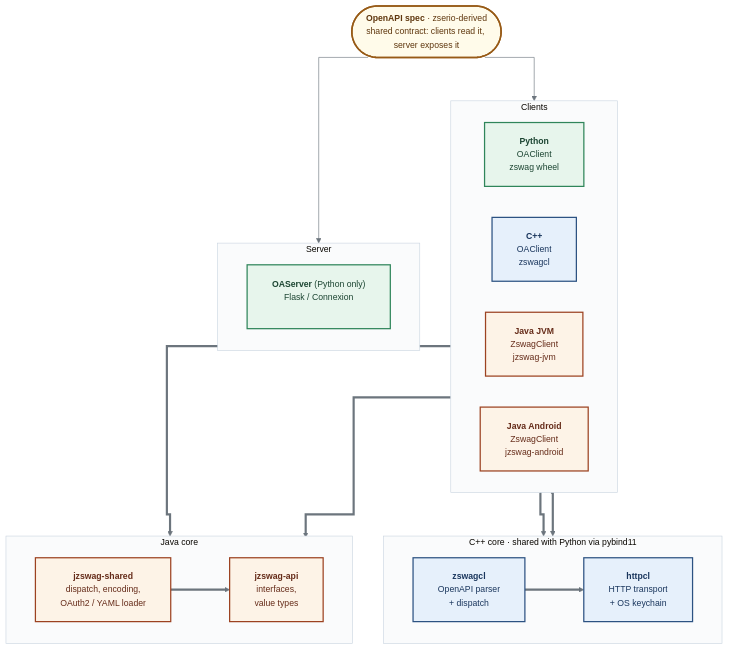
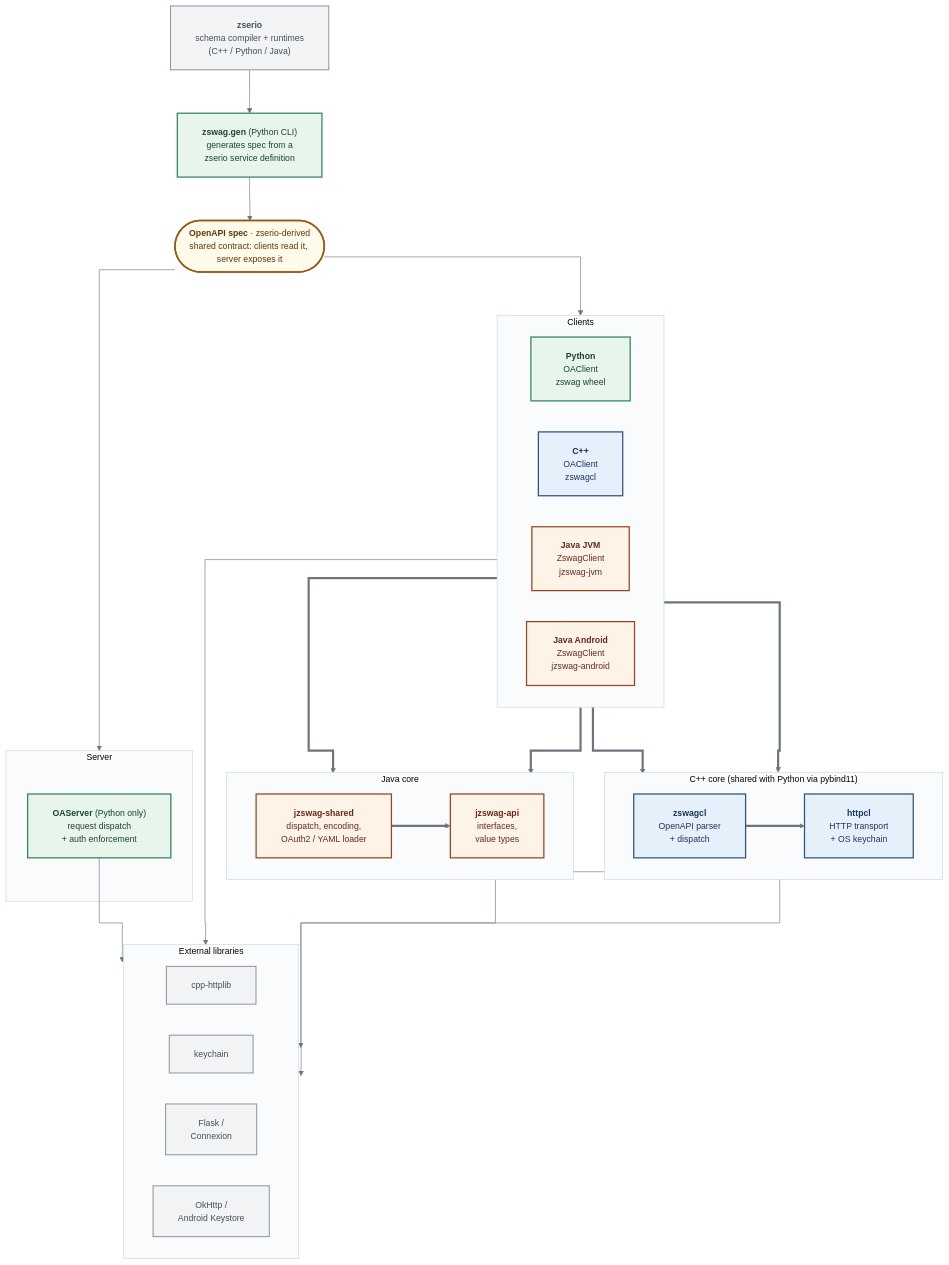
The diagram in README.md (ndsev/zswag), drawn with Mermaid before and after one commit.

Commit message:
docs: restore missing pieces from the original architecture diagram
Comparing the Mermaid to the recovered original PNG surfaced gaps:

* zswag.gen — the Python CLI that generates the OpenAPI spec from a
  zserio service — was missing entirely.
* External libraries (cpp-httplib, keychain, Flask/Connexion, OkHttp/
  Android Keystore) were shown as small boxes in the original; only
  named in prose here.
* zserio itself wasn't visible as the foundation it actually is.
* The "Python reuses C++ via pybind11" relationship was implicit in the
  py --> zswagcl arrow but not labelled.

Added:
* zserio --> gen --> spec --> {clients, server} flow at the top
* External libraries subgraph at the bottom with arrows from the
  cores/server that use them
* Cluster label "C++ core (shared with Python via pybind11)" now
  describes the binding explicitly

````diff
--- a/README.md
+++ b/README.md
@@ -14,55 +14,73 @@
 ```mermaid
 %%{init: {
   'theme':'base',
   'flowchart': {'curve': 'stepAfter', 'nodeSpacing': 50, 'rankSpacing': 70, 'padding': 20},
   'themeVariables': {
     'fontFamily': 'system-ui, -apple-system, sans-serif',
     'fontSize': '14px',
     'lineColor': '#6c757d',
     'clusterBkg': '#fafbfc',
     'clusterBorder': '#cbd5e0'
   }
 }}%%
 flowchart TB
+    gen["<b>zswag.gen</b> (Python CLI)<br/>generates spec from a<br/>zserio service definition"]:::py
     spec(["<b>OpenAPI spec</b> &middot; zserio-derived<br/>shared contract: clients read it, server exposes it"]):::spec
+    zserio["<b>zserio</b><br/>schema compiler + runtimes<br/>(C++ / Python / Java)"]:::ext
 
     subgraph clients[" &nbsp;Clients&nbsp; "]
       direction LR
       py["<b>Python</b><br/>OAClient<br/>zswag wheel"]:::py
       cpp["<b>C++</b><br/>OAClient<br/>zswagcl"]:::cpp
       jvm["<b>Java JVM</b><br/>ZswagClient<br/>jzswag-jvm"]:::java
       andr["<b>Java Android</b><br/>ZswagClient<br/>jzswag-android"]:::java
     end
 
     subgraph server[" &nbsp;Server&nbsp; "]
-      oaserver["<b>OAServer</b> (Python only)<br/>Flask / Connexion<br/>&nbsp;"]:::py
+      oaserver["<b>OAServer</b> (Python only)<br/>request dispatch<br/>+ auth enforcement"]:::py
     end
 
-    subgraph cppcore[" &nbsp;C++ core &middot; shared with Python via pybind11&nbsp; "]
+    subgraph cppcore[" &nbsp;C++ core (shared with Python via pybind11)&nbsp; "]
       direction LR
       zswagcl["<b>zswagcl</b><br/>OpenAPI parser<br/>+ dispatch"]:::cpp
       httpcl["<b>httpcl</b><br/>HTTP transport<br/>+ OS keychain"]:::cpp
     end
 
     subgraph javacore[" &nbsp;Java core&nbsp; "]
       direction LR
       jshared["<b>jzswag-shared</b><br/>dispatch, encoding,<br/>OAuth2 / YAML loader"]:::java
       japi["<b>jzswag-api</b><br/>interfaces,<br/>value types"]:::java
     end
 
+    subgraph extlibs[" &nbsp;External libraries&nbsp; "]
+      direction LR
+      cpphttplib["cpp-httplib"]:::ext
+      keychain["keychain"]:::ext
+      flask["Flask /<br/>Connexion"]:::ext
+      okhttp["OkHttp /<br/>Android Keystore"]:::ext
+    end
+
+    zserio --> gen
+    gen --> spec
     spec --> clients
     spec --> server
 
     py ==> zswagcl
     cpp ==> zswagcl
     zswagcl ==> httpcl
+    httpcl --> cpphttplib
+    httpcl --> keychain
 
     jvm ==> jshared
     andr ==> jshared
     jshared ==> japi
+    andr --> okhttp
+
+    oaserver --> flask
 
     classDef py    fill:#e7f5ec,stroke:#2f855a,stroke-width:2px,color:#1c4532
     classDef cpp   fill:#e6f0fb,stroke:#2c5282,stroke-width:2px,color:#1a365d
     classDef java  fill:#fdf3e7,stroke:#9c4221,stroke-width:2px,color:#652b19
     classDef spec  fill:#fffbea,stroke:#975a16,stroke-width:2.5px,color:#5f370e
+    classDef ext   fill:#f1f3f5,stroke:#868e96,stroke-width:1.5px,color:#495057
 ```
````
